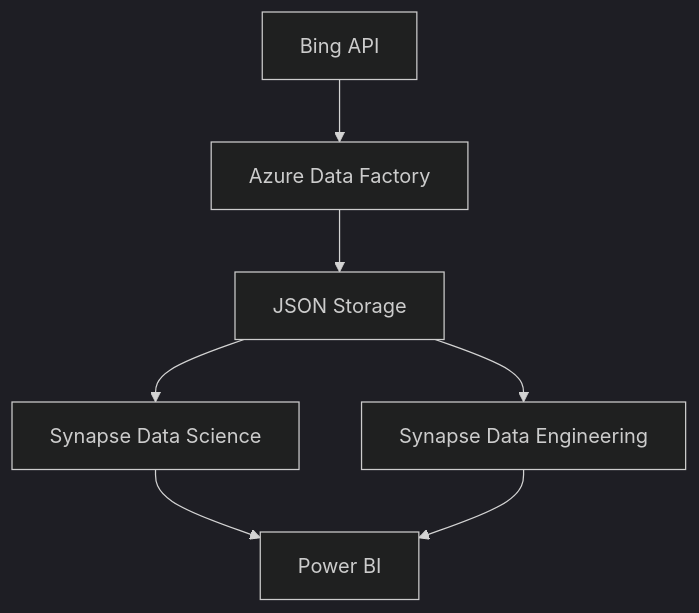
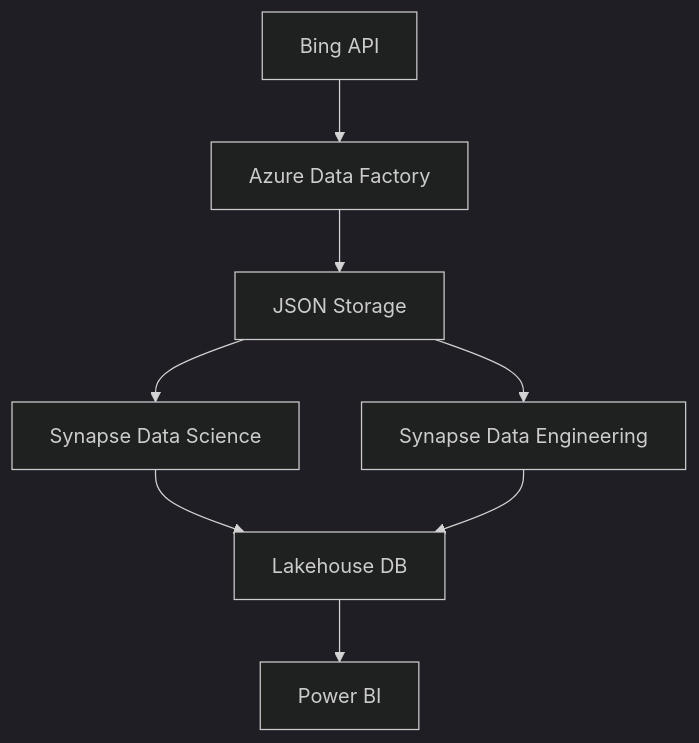
One commit to AliMuhammad229/End-to-End-Microsoft-Fabric-Azure-Data-Engineering-Pipeline changed the diagram in README.md. Above: the diagram before and after it, drawn with Mermaid (dark theme). The commit also changed other lines of this file, not shown here.

````diff
--- a/README.md
+++ b/README.md
@@ -12,9 +12,10 @@
 ```mermaid
 graph TD;
     A[Bing API] --> B[Azure Data Factory];
     B --> C[JSON Storage];
     C --> D[Synapse Data Science];
     C --> E[Synapse Data Engineering];
-    D --> F[Power BI];
-    E --> F;
+    D --> G[Lakehouse DB];
+    E --> G;
+    G --> F[Power BI];
 ```
````
